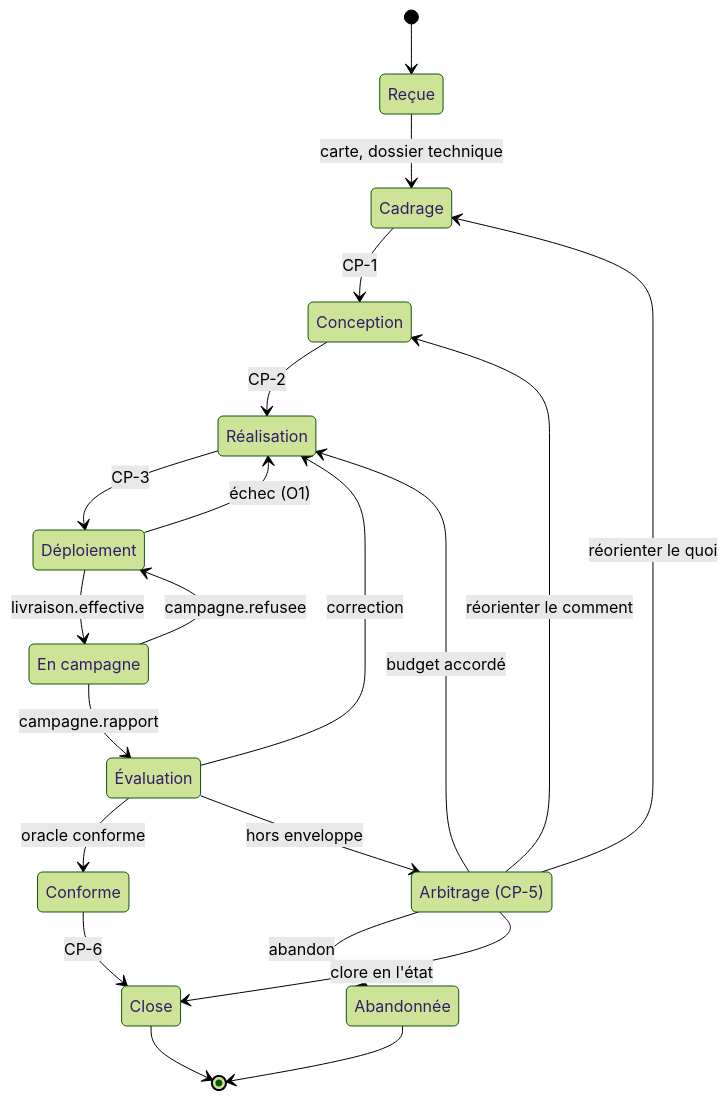
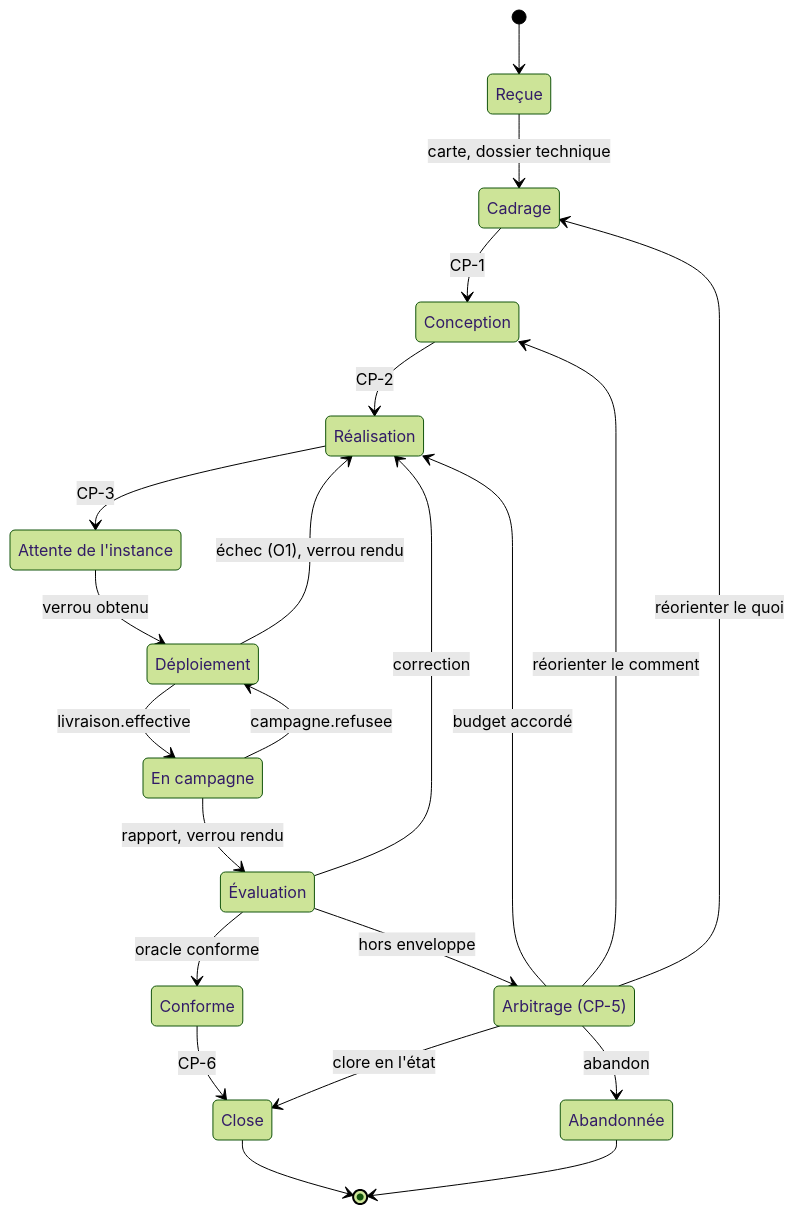
The fifth of 7 diagrams in 01-architecture.md (FredGarcia/Agent2Dev), drawn with Mermaid (forest theme) before and after one commit. The commit also changed other lines of this file and 4 other files, not shown here.

````diff
--- a/01-architecture.md
+++ b/01-architecture.md
@@ -541,34 +544,36 @@
 ```mermaid
 stateDiagram-v2
   state "Reçue" as Recue
   state "Cadrage" as Cadrage
   state "Conception" as Conception
   state "Réalisation" as Realisation
+  state "Attente de l'instance" as AttenteInstance
   state "Déploiement" as Deploiement
   state "En campagne" as EnCampagne
   state "Évaluation" as Evaluation
   state "Arbitrage (CP-5)" as Arbitrage
   state "Conforme" as Conforme
   state "Close" as Close
   state "Abandonnée" as Abandonnee
   [*] --> Recue
   Recue --> Cadrage : carte, dossier technique
   Cadrage --> Conception : CP-1
   Conception --> Realisation : CP-2
-  Realisation --> Deploiement : CP-3
-  Deploiement --> Realisation : échec (O1)
+  Realisation --> AttenteInstance : CP-3
+  AttenteInstance --> Deploiement : verrou obtenu
+  Deploiement --> Realisation : échec (O1), verrou rendu
   Deploiement --> EnCampagne : livraison.effective
   EnCampagne --> Deploiement : campagne.refusee
-  EnCampagne --> Evaluation : campagne.rapport
+  EnCampagne --> Evaluation : rapport, verrou rendu
   Evaluation --> Conforme : oracle conforme
   Evaluation --> Realisation : correction
   Evaluation --> Arbitrage : hors enveloppe
   Arbitrage --> Realisation : budget accordé
   Arbitrage --> Cadrage : réorienter le quoi
   Arbitrage --> Conception : réorienter le comment
+  Arbitrage --> Close : clore en l'état
   Arbitrage --> Abandonnee : abandon
-  Arbitrage --> Close : clore en l'état
   Conforme --> Close : CP-6
   Close --> [*]
   Abandonnee --> [*]
 ```
````
